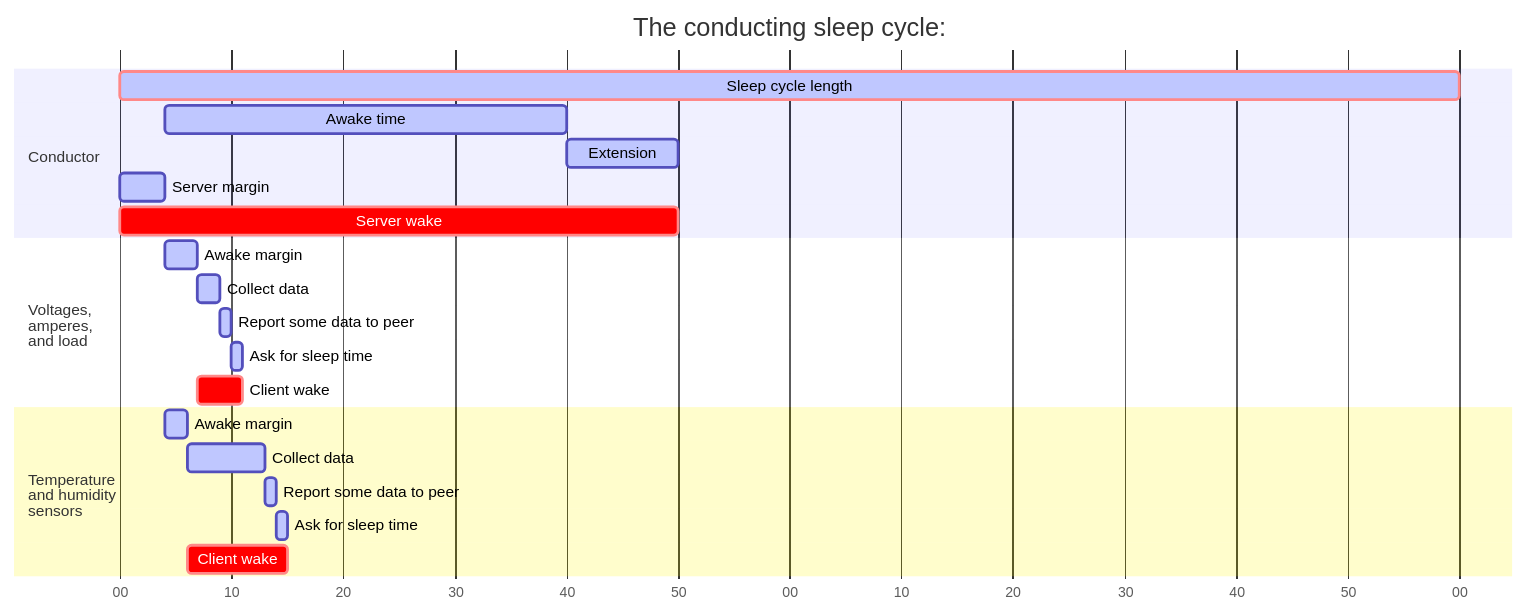
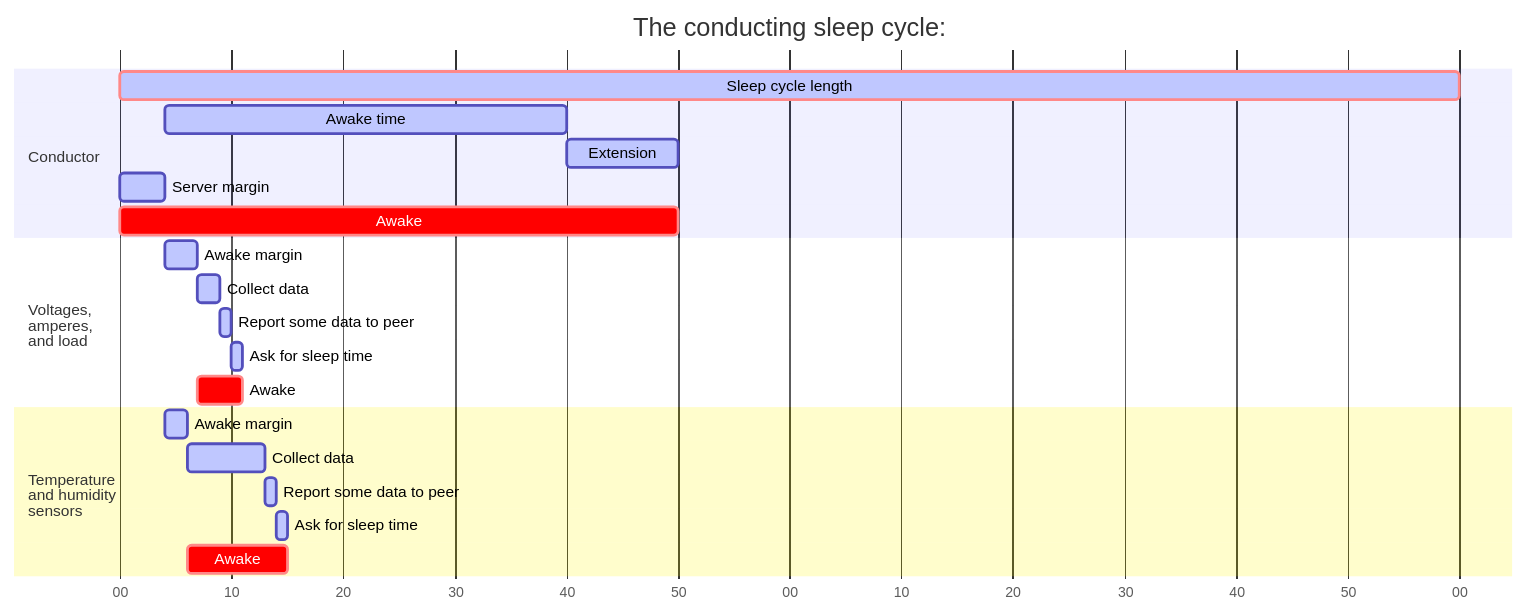
One commit to RobustoFramework/Robusto changed the diagram in components/robusto/conductor/README.md. Above: the diagram before and after it, drawn with Mermaid.

Commit message:
Fix awake in graph

````diff
--- a/components/robusto/conductor/README.md
+++ b/components/robusto/conductor/README.md
@@ -25,31 +25,30 @@
 ```mermaid
 
 gantt
     dateFormat  s
     title  The conducting sleep cycle:    
     section Conductor  
     Sleep cycle length        :crit,active, cycle,0,120s
     Awake time         :active, wake, after sm,36s
     Extension     :active, ext,after wake,10s
     Server margin   :active, sm,0, 4s
-    Server wake :crit, sw, 0, 50
-
+    Awake :crit, sw, 0, 50
     
     section Voltages,<br/>amperes,<br/>and load
     Awake margin         :active, w1, after sm, 3s
     Collect data       :active, c1, after w1, 2s
     Report some data to peer :active, r1, after c1, 1s
     Ask for sleep time :active, a1, after r1, 1s
-    Client wake :crit, cw, after w1, 4s
+    Awake :crit, cw, after w1, 4s
 
     section Temperature<br/>and humidity<br/>sensors
     Awake margin         :active, w2, after sm, 2s
     Collect data       :active, c2, after w2, 7s
     Report some data to peer :active, r2, after c2, 1s
     Ask for sleep time :active, a2, after r2, 1s
-    Client wake :crit, cw, after w2, 9s
+    Awake :crit, cw, after w2, 9s
     
     tickInterval 10second
     axisFormat %S
     
 ```
````
